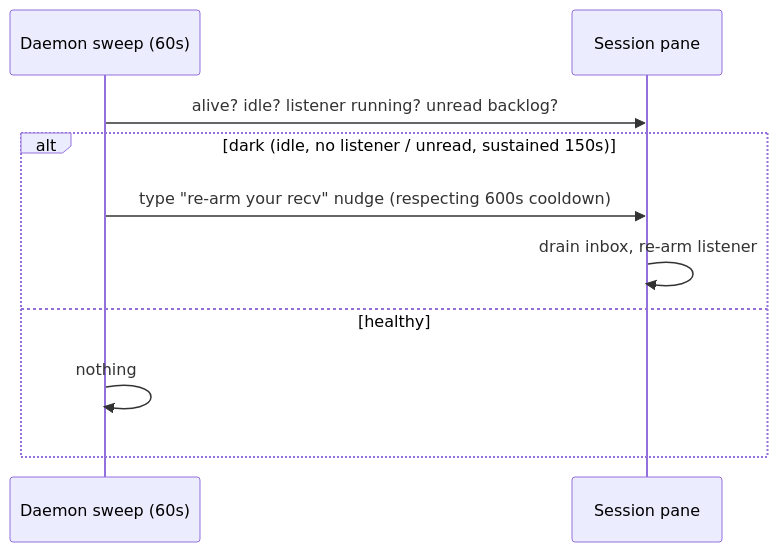
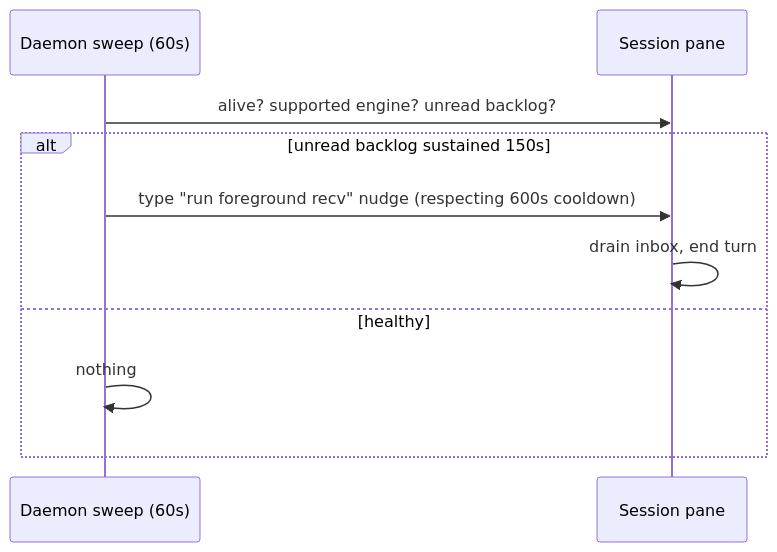
The sixth of 7 diagrams in docs/ARCHITECTURE.md (fedoseevstanislav/agent-telegram-bridge), drawn with Mermaid before and after one commit. The commit also changed other lines of this file and 27 other files, not shown here.

````diff
--- a/docs/ARCHITECTURE.md
+++ b/docs/ARCHITECTURE.md
@@ -194,12 +194,12 @@
 ```mermaid
 sequenceDiagram
     participant D as Daemon sweep (60s)
     participant S as Session pane
-    D->>S: alive? idle? listener running? unread backlog?
-    alt dark (idle, no listener / unread, sustained 150s)
-        D->>S: type "re-arm your recv" nudge (respecting 600s cooldown)
-        S->>S: drain inbox, re-arm listener
+    D->>S: alive? supported engine? unread backlog?
+    alt unread backlog sustained 150s
+        D->>S: type "run foreground recv" nudge (respecting 600s cooldown)
+        S->>S: drain inbox, end turn
     else healthy
         D->>D: nothing
     end
 ```
````
